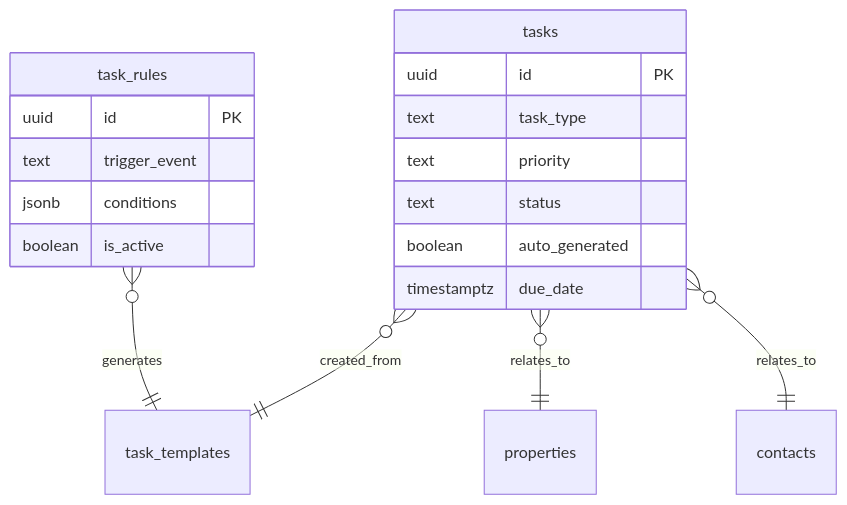
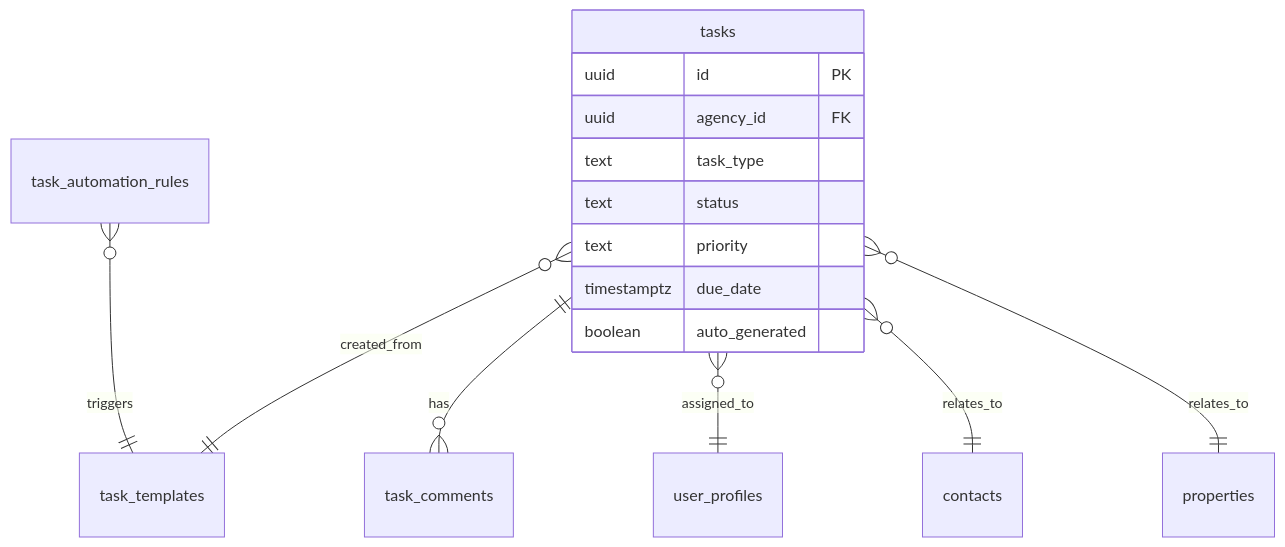
One commit to manuia88/livooCRM changed the fifth of 5 diagrams in docs/DATABASE.md. Above: the diagram before and after it, drawn with Mermaid. The commit also changed other lines of this file and 1 other file, not shown here.

Commit message:
feat(database): add tasks module schema and update documentation

````diff
--- a/docs/DATABASE.md
+++ b/docs/DATABASE.md
@@ -227,23 +227,19 @@
 ```mermaid
 erDiagram
     tasks }o--|| task_templates : created_from
-    task_rules }o--|| task_templates : generates
+    task_automation_rules }o--|| task_templates : triggers
+    tasks ||--o{ task_comments : has
+    tasks }o--|| user_profiles : assigned_to
+    tasks }o--|| contacts : relates_to
     tasks }o--|| properties : relates_to
-    tasks }o--|| contacts : relates_to
     
     tasks {
         uuid id PK
+        uuid agency_id FK
         text task_type
+        text status
         text priority
-        text status
+        timestamptz due_date
         boolean auto_generated
-        timestamptz due_date
-    }
-    
-    task_rules {
-        uuid id PK
-        text trigger_event
-        jsonb conditions
-        boolean is_active
     }
 ```
````
